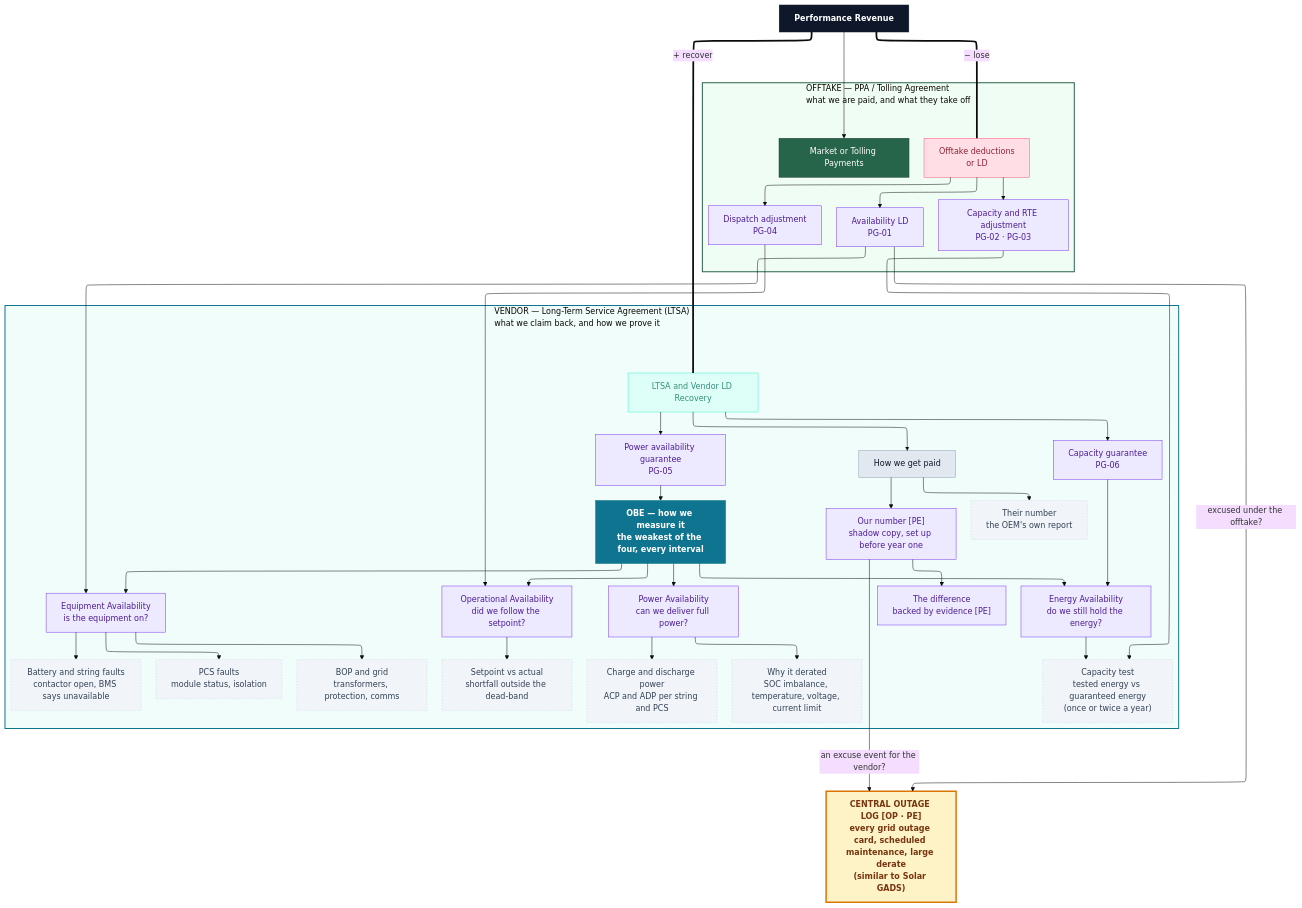
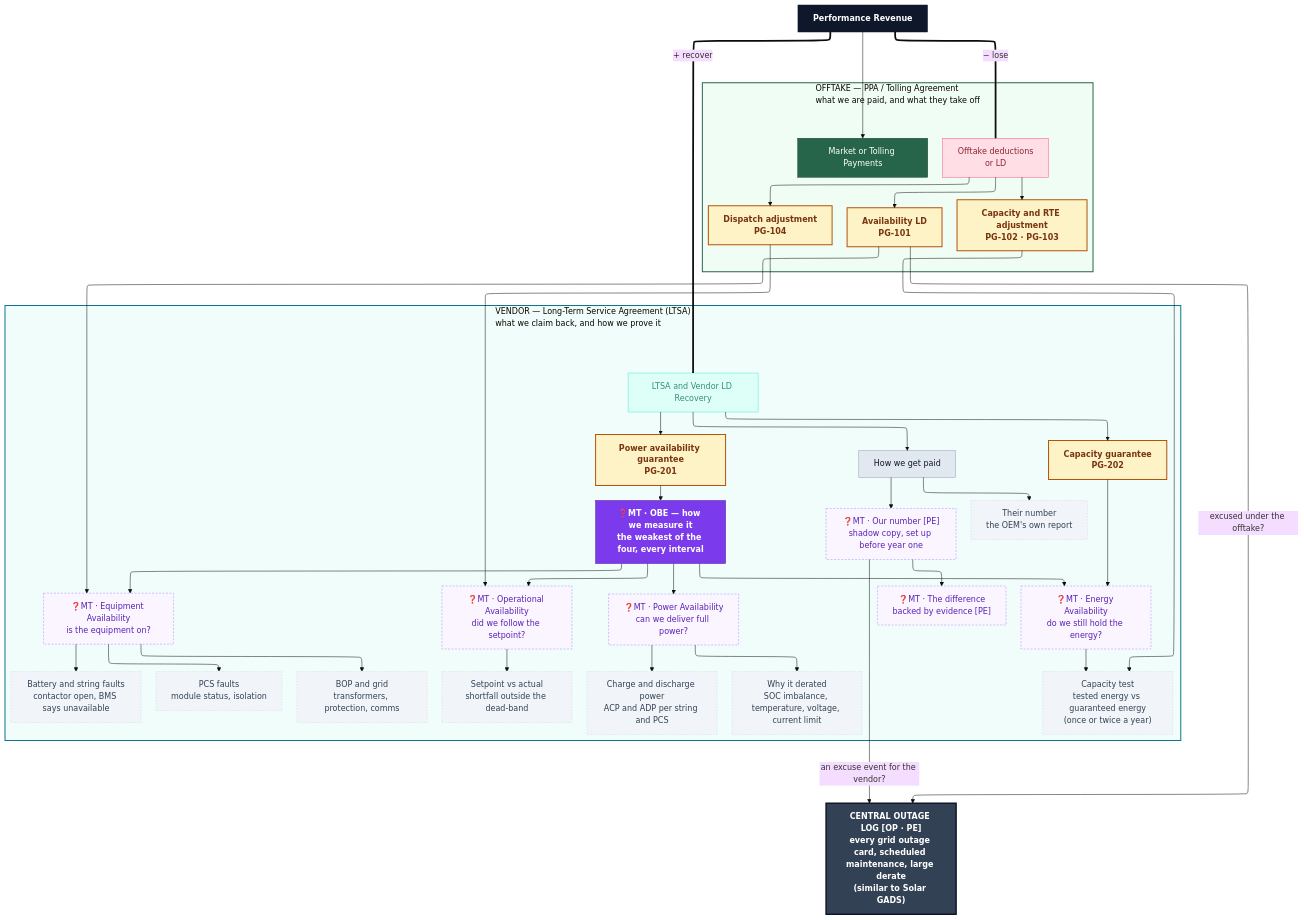
The diagram in Metrics_Tree(MT)/metrics-tree.md (librenergy/BESS-Groundwork), drawn with Mermaid (base theme) before and after one commit. The commit also changed other lines of this file and 60 other files, not shown here.

```diff
--- a/Metrics_Tree(MT)/metrics-tree.md
+++ b/Metrics_Tree(MT)/metrics-tree.md
@@ -62,24 +64,24 @@
     direction TB
         PAYM["Market or Tolling Payments"]
         LOSE["Offtake deductions<br>or LD"]
-        AVLD["Availability LD<br>PG-01"]
-        DISLD["Dispatch adjustment<br>PG-04"]
-        CAPLD["Capacity and RTE adjustment<br>PG-02 · PG-03"]
+        AVLD["Availability LD<br>PG-101"]
+        DISLD["Dispatch adjustment<br>PG-104"]
+        CAPLD["Capacity and RTE adjustment<br>PG-102 · PG-103"]
   end
  subgraph LTSAP["VENDOR — Long-Term Service Agreement (LTSA)<br>what we claim back, and how we prove it"]
     direction TB
         RECOV["LTSA and Vendor LD Recovery"]
-        PAGUAR["Power availability guarantee<br>PG-05"]
-        CAPGUAR["Capacity guarantee<br>PG-06"]
+        PAGUAR["Power availability guarantee<br>PG-201"]
+        CAPGUAR["Capacity guarantee<br>PG-202"]
         CLAIM["How we get paid"]
         VENDREP["Their number<br>the OEM's own report"]
-        SHADOW["Our number [PE]<br>shadow copy, set up before year one"]
-        DELTA["The difference<br>backed by evidence [PE]"]
-        OBE["OBE — how we measure it<br>the weakest of the four, every interval"]
-        EA["Equipment Availability<br>is the equipment on?"]
-        OA["Operational Availability<br>did we follow the setpoint?"]
-        PA["Power Availability<br>can we deliver full power?"]
-        QA["Energy Availability<br>do we still hold the energy?"]
+        SHADOW["❓MT · Our number [PE]<br>shadow copy, set up before year one"]
+        DELTA["❓MT · The difference<br>backed by evidence [PE]"]
+        OBE["❓MT · OBE — how we measure it<br>the weakest of the four, every interval"]
+        EA["❓MT · Equipment Availability<br>is the equipment on?"]
+        OA["❓MT · Operational Availability<br>did we follow the setpoint?"]
+        PA["❓MT · Power Availability<br>can we deliver full power?"]
+        QA["❓MT · Energy Availability<br>do we still hold the energy?"]
         EABAT["Battery and string faults<br>contactor open, BMS says unavailable"]
         EAPCS["PCS faults<br>module status, isolation"]
         EABOP["BOP and grid<br>transformers, protection, comms"]
@@ -110,21 +112,21 @@
 
      PAYM:::Pine
      LOSE:::Rose
-     AVLD:::kpi
-     DISLD:::kpi
-     CAPLD:::kpi
+     AVLD:::pg
+     DISLD:::pg
+     CAPLD:::pg
      RECOV:::Aqua
-     PAGUAR:::kpi
-     CAPGUAR:::kpi
+     PAGUAR:::pg
+     CAPGUAR:::pg
      CLAIM:::driver
      VENDREP:::signal
-     SHADOW:::kpi
-     DELTA:::kpi
+     SHADOW:::mtc
+     DELTA:::mtc
      OBE:::obe
-     EA:::kpi
-     OA:::kpi
-     PA:::kpi
-     QA:::kpi
+     EA:::mtc
+     OA:::mtc
+     PA:::mtc
+     QA:::mtc
      EABAT:::signal
      EAPCS:::signal
      EABOP:::signal
@@ -135,10 +137,12 @@
      ROOT:::root
      OUTLOG:::central
     classDef root fill:#0f172a,stroke:#0f172a,color:#ffffff,font-weight:bold
-    classDef obe fill:#0e7490,stroke:#0e7490,color:#ffffff,font-weight:bold
-    classDef central fill:#fef3c7,stroke:#d97706,stroke-width:3px,color:#78350f,font-weight:bold
+    classDef obe fill:#7c3aed,stroke:#4c1d95,color:#ffffff,font-weight:bold
+    classDef central fill:#334155,stroke:#0f172a,stroke-width:3px,color:#ffffff,font-weight:bold
     classDef driver fill:#e2e8f0,stroke:#94a3b8,color:#0f172a
-    classDef kpi fill:#ede9fe,stroke:#7c3aed,color:#4c1d95
+    classDef pg fill:#fef3c7,stroke:#b45309,stroke-width:2px,color:#78350f,font-weight:bold
+    classDef mt fill:#ede9fe,stroke:#7c3aed,stroke-width:2px,color:#4c1d95,font-weight:bold
+    classDef mtc fill:#faf5ff,stroke:#a78bfa,stroke-dasharray:4 3,color:#5b21b6
     classDef signal fill:#f1f5f9,stroke:#cbd5e1,color:#334155,stroke-dasharray:3 3
     classDef Aqua stroke-width:1px, stroke-dasharray:none, stroke:#46EDC8, fill:#DEFFF8, color:#378E7A
     classDef Pine stroke-width:1px, stroke-dasharray:none, stroke:#254336, fill:#27654A, color:#FFFFFF
```
